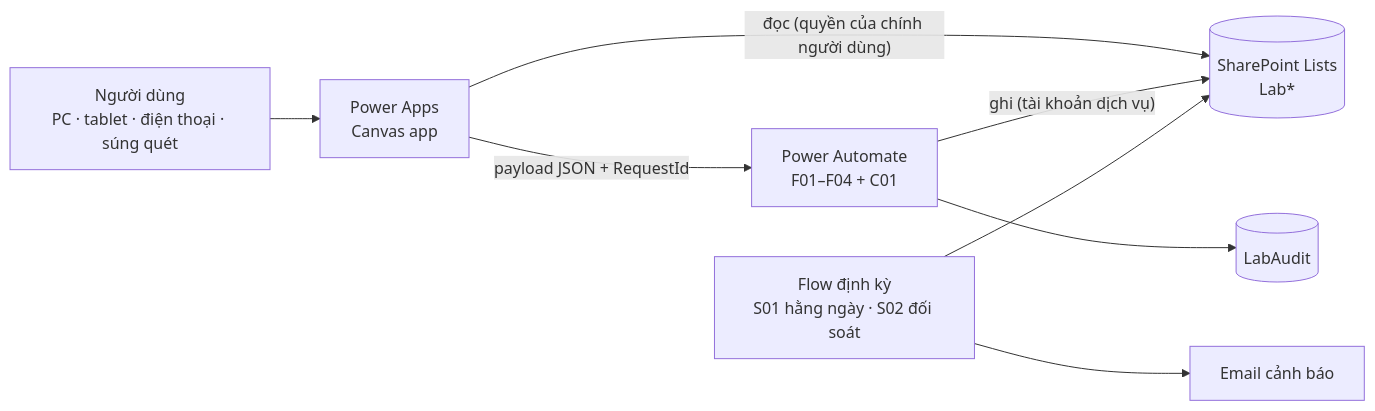
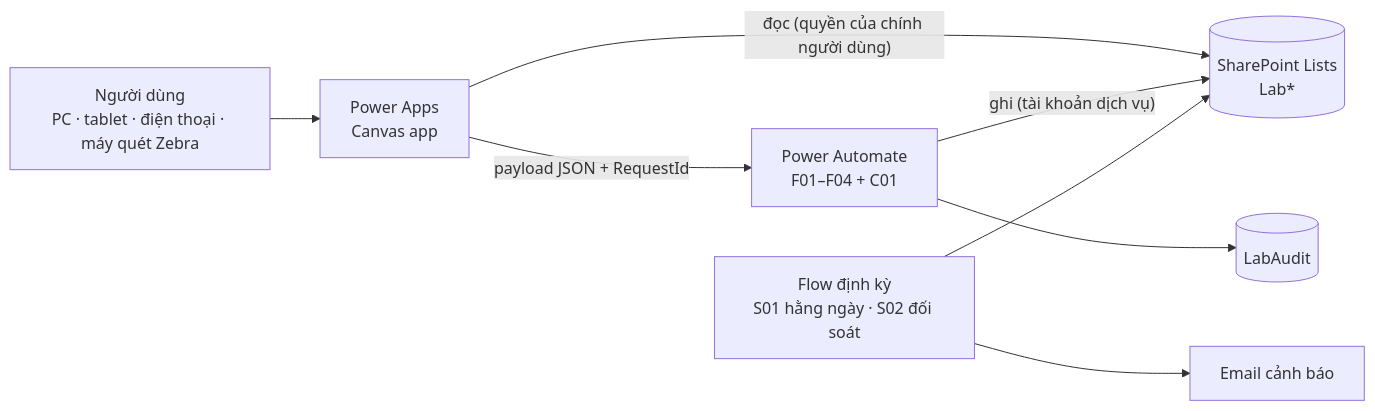
One commit to triducno102-pixel/QA-ChemPreparation changed the first of 3 diagrams in docs/01-Thiet-ke-tong-the.md. Above: the diagram before and after it, drawn with Mermaid. The commit also changed other lines of this file and 21 other files, not shown here.

````diff
--- a/docs/01-Thiet-ke-tong-the.md
+++ b/docs/01-Thiet-ke-tong-the.md
@@ -33,10 +44,10 @@
 ```mermaid
 flowchart LR
-    U["Người dùng<br/>PC · tablet · điện thoại · súng quét"] --> PA["Power Apps<br/>Canvas app"]
+    U["Người dùng<br/>PC · tablet · điện thoại · máy quét Zebra"] --> PA["Power Apps<br/>Canvas app"]
     PA -- "đọc (quyền của chính người dùng)" --> SP[("SharePoint Lists<br/>Lab*")]
     PA -- "payload JSON + RequestId" --> F["Power Automate<br/>F01–F04 + C01"]
     F -- "ghi (tài khoản dịch vụ)" --> SP
     F --> AU[("LabAudit")]
     S["Flow định kỳ<br/>S01 hằng ngày · S02 đối soát"] --> SP
     S --> M["Email cảnh báo"]
 ```
````
